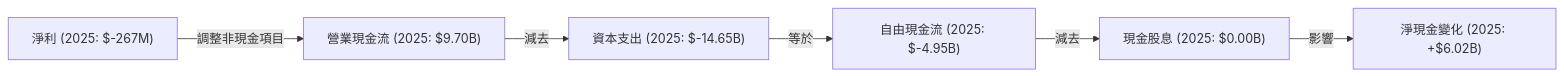
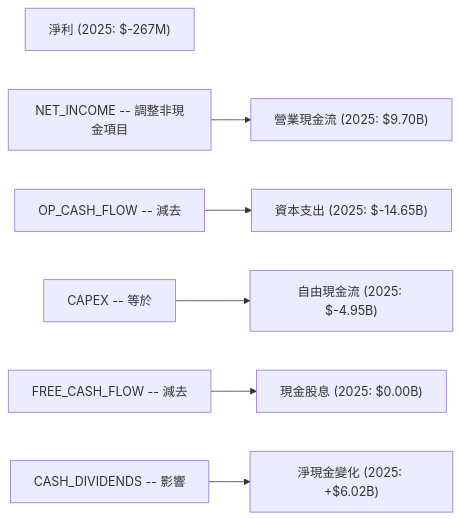
The seventh of 14 diagrams in ai_gen_report/stock/intc/fundamental_analysis_2026-07-04_gemini.md (yennanliu/finance_data), drawn with Mermaid before and after one commit. The commit also changed 2258 other files, not shown here.

First line of the commit message:
chore: backfill Mermaid syntax repair across existing reports

````diff
--- a/ai_gen_report/stock/intc/fundamental_analysis_2026-07-04_gemini.md
+++ b/ai_gen_report/stock/intc/fundamental_analysis_2026-07-04_gemini.md
@@ -438,16 +438,16 @@
 ```mermaid
 graph LR
     NET_INCOME["淨利 (2025: $-267M)"]
 
     OP_CASH_FLOW["營業現金流 (2025: $9.70B)"]
     CAPEX["資本支出 (2025: $-14.65B)"]
     FREE_CASH_FLOW["自由現金流 (2025: $-4.95B)"]
     CASH_DIVIDENDS["現金股息 (2025: $0.00B)"]
     NET_CASH_CHANGE["淨現金變化 (2025: +$6.02B)"]
 
-    NET_INCOME -- 調整非現金項目 --> OP_CASH_FLOW
-    OP_CASH_FLOW -- 減去 --> CAPEX
-    CAPEX -- 等於 --> FREE_CASH_FLOW
-    FREE_CASH_FLOW -- 減去 --> CASH_DIVIDENDS
-    CASH_DIVIDENDS -- 影響 --> NET_CASH_CHANGE
+    nb1["NET_INCOME -- 調整非現金項目"] --> OP_CASH_FLOW
+    nb2["OP_CASH_FLOW -- 減去"] --> CAPEX
+    nb3["CAPEX -- 等於"] --> FREE_CASH_FLOW
+    nb4["FREE_CASH_FLOW -- 減去"] --> CASH_DIVIDENDS
+    nb5["CASH_DIVIDENDS -- 影響"] --> NET_CASH_CHANGE
 ```
````
